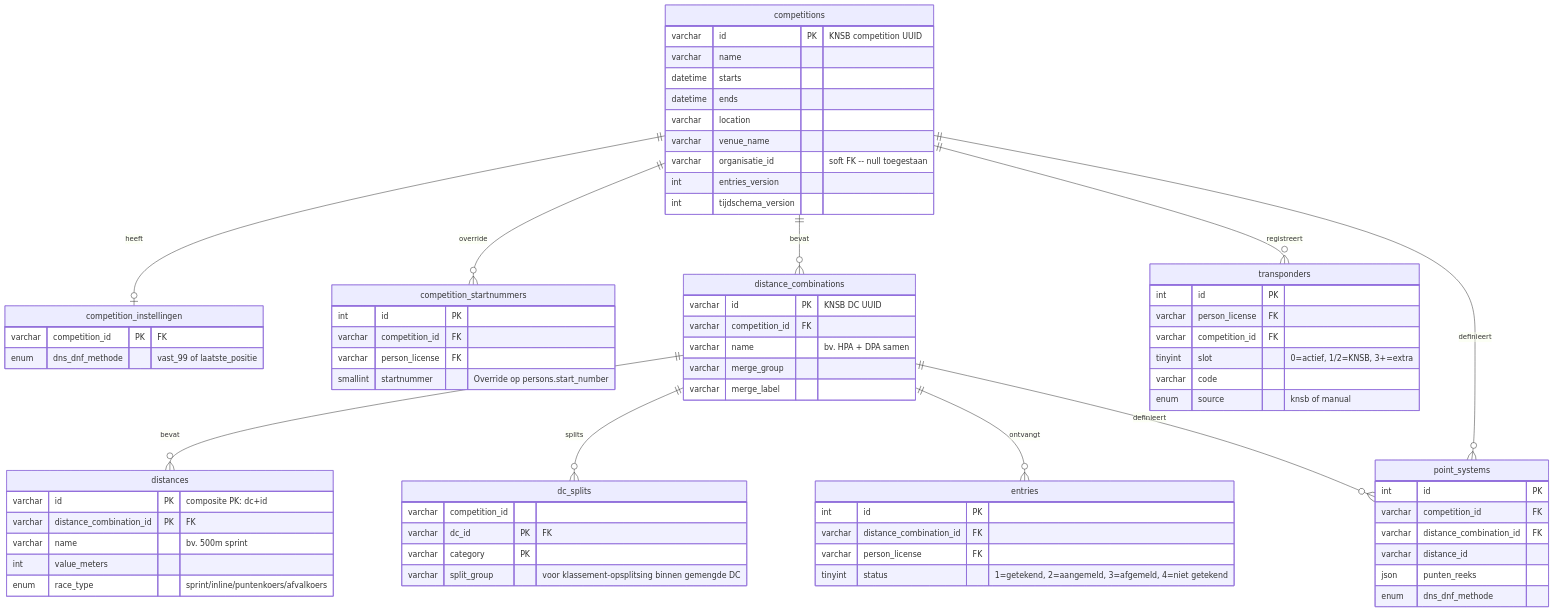
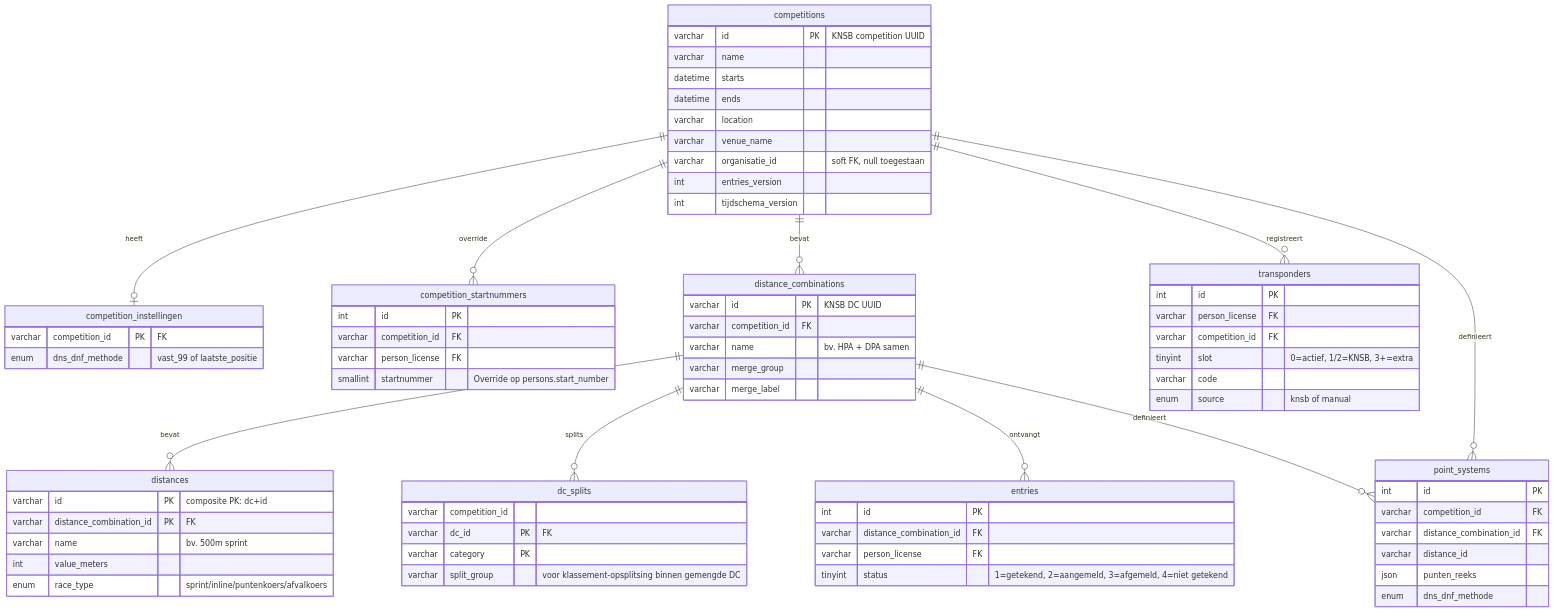
The third of 8 diagrams in docs/database-schema.md (Joge10/inlinecomp), drawn with Mermaid before and after one commit. The commit also changed other lines of this file, not shown here.

First line of the commit message:
fix: Mermaid-syntax voor GitHub-parser

```diff
--- a/docs/database-schema.md
+++ b/docs/database-schema.md
@@ -164,7 +164,7 @@
         datetime ends
         varchar location
         varchar venue_name
-        varchar organisatie_id "soft FK -- null toegestaan"
+        varchar organisatie_id "soft FK, null toegestaan"
         int entries_version
         int tijdschema_version
     }
```
